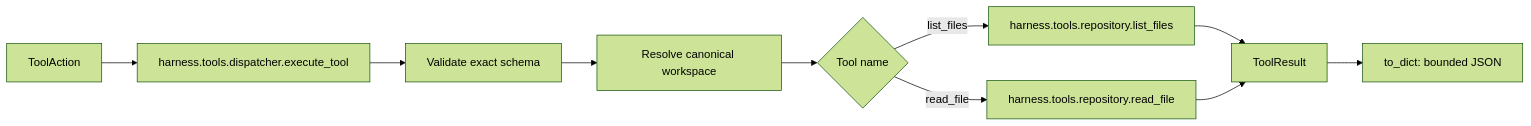
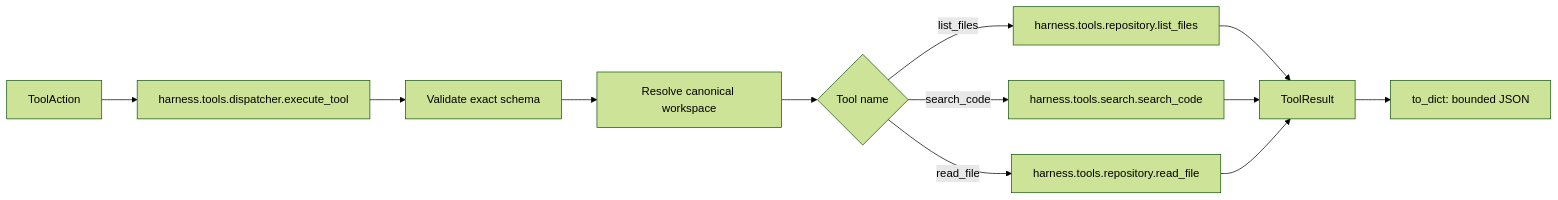
One commit to reganvannguyen/efficient-code-agent changed the third of 3 diagrams in docs/code-map.md. Above: the diagram before and after it, drawn with Mermaid (forest theme). The commit also changed other lines of this file and 11 other files, not shown here.

Commit message:
feat: add bounded lexical code search

````diff
--- a/docs/code-map.md
+++ b/docs/code-map.md
@@ -67,12 +67,14 @@
 ```mermaid
 flowchart LR
     A[ToolAction] --> B[harness.tools.dispatcher.execute_tool]
     B --> C[Validate exact schema]
     C --> D[Resolve canonical workspace]
     D --> E{Tool name}
     E -->|list_files| F[harness.tools.repository.list_files]
+    E -->|search_code| S[harness.tools.search.search_code]
     E -->|read_file| G[harness.tools.repository.read_file]
     F --> H[ToolResult]
+    S --> H
     G --> H
     H --> I[to_dict: bounded JSON]
 ```
````
